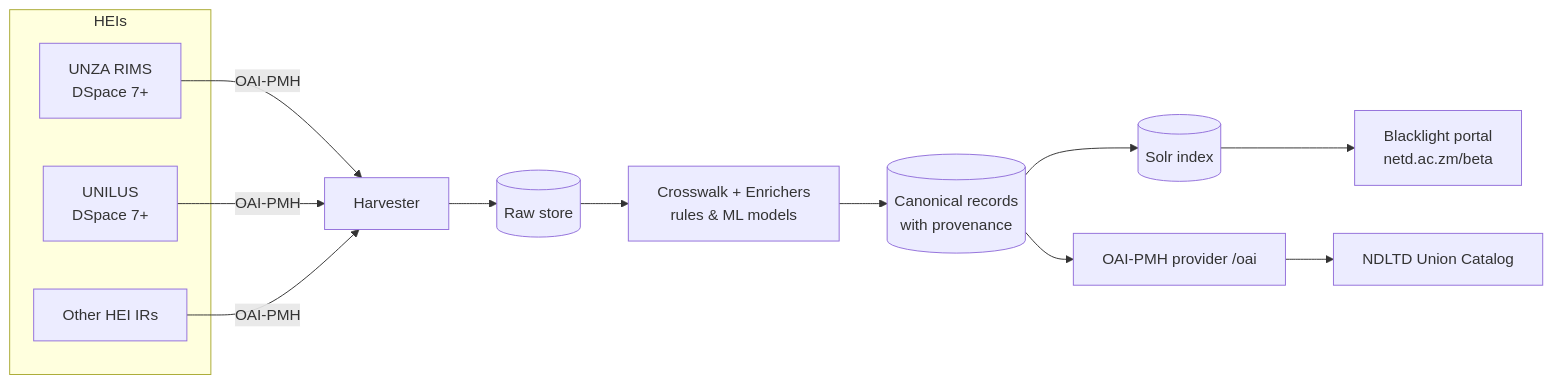
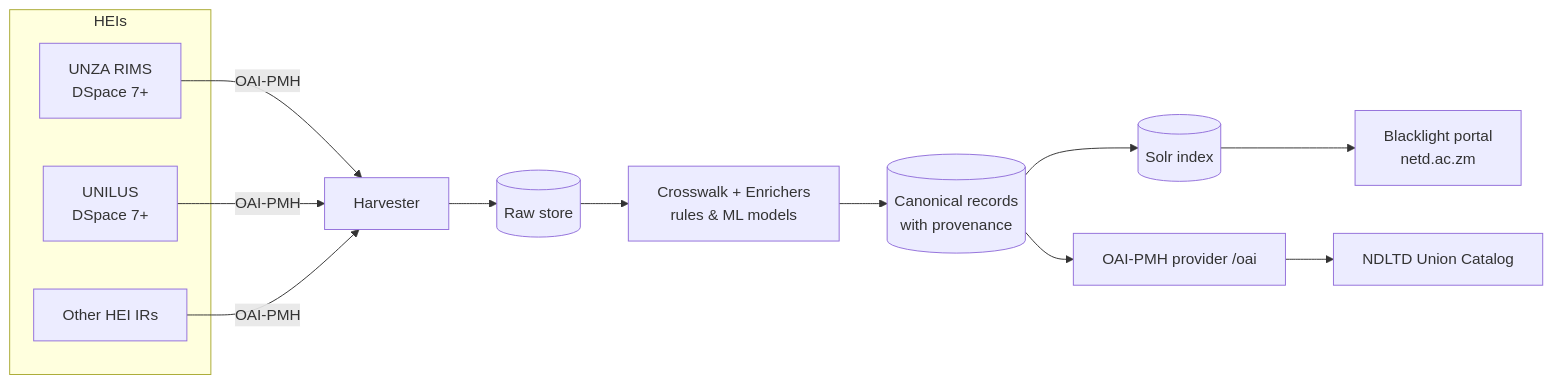
Before and after one commit to lightonphiri/code-datalab26-netd_aggregator: the diagram in docs/SRS.md, drawn with Mermaid. The commit also changed other lines of this file and 9 other files, not shown here.

Commit message:
SRS and SDD published in the manual site under Reference (MkDocs hook); two SDD diagrams GitHub could not render fixed; /beta removed from current diagrams; FR-34 subject as code; SRS 0.42, SDD 0.41 (post-paper)

````diff
--- a/docs/SRS.md
+++ b/docs/SRS.md
@@ -111,13 +112,13 @@
 ```mermaid
 flowchart LR
   subgraph HEIs
     A[UNZA RIMS<br/>DSpace 7+] ; B[UNILUS<br/>DSpace 7+] ; C[Other HEI IRs]
   end
   A & B & C -- OAI-PMH --> H[Harvester]
   H --> R[(Raw store)]
   R --> P[Crosswalk + Enrichers<br/>rules & ML models]
   P --> K[(Canonical records<br/>with provenance)]
   K --> S[(Solr index)]
-  S --> U[Blacklight portal<br/>netd.ac.zm/beta]
+  S --> U[Blacklight portal<br/>netd.ac.zm]
   K --> O[OAI-PMH provider /oai] --> N[NDLTD Union Catalog]
 ```
````
